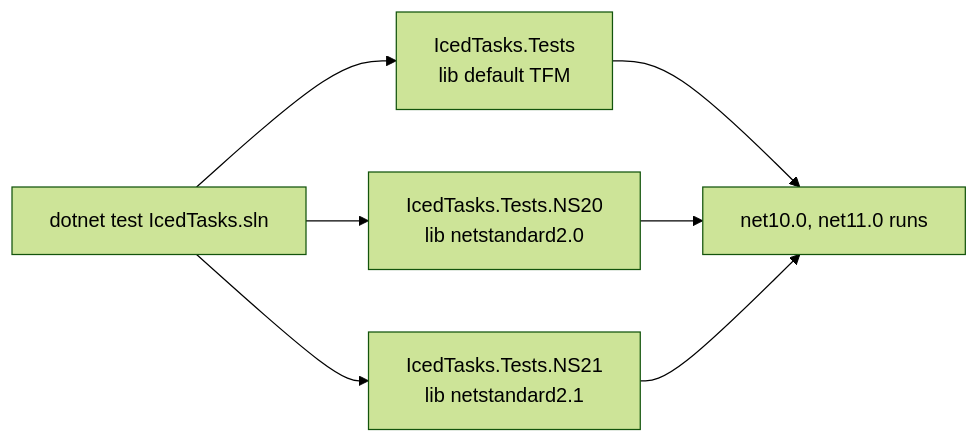
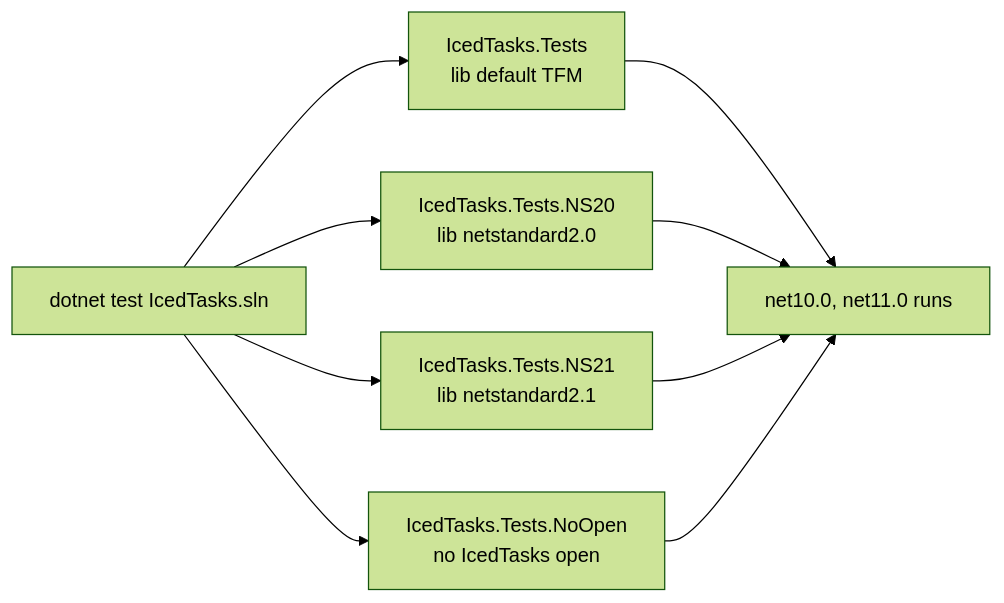
The diagram in lode/tests/summary.md (TheAngryByrd/IcedTasks), drawn with Mermaid (forest theme) before and after one commit. The commit also changed other lines of this file and 51 other files, not shown here.

````diff
--- a/lode/tests/summary.md
+++ b/lode/tests/summary.md
@@ -28,9 +28,11 @@
 ```mermaid
 flowchart LR
     sln["dotnet test IcedTasks.sln"] --> t["IcedTasks.Tests<br/>lib default TFM"]
     sln --> n20["IcedTasks.Tests.NS20<br/>lib netstandard2.0"]
     sln --> n21["IcedTasks.Tests.NS21<br/>lib netstandard2.1"]
+    sln --> no["IcedTasks.Tests.NoOpen<br/>no IcedTasks open"]
     t --> r["net10.0, net11.0 runs"]
     n20 --> r
     n21 --> r
+    no --> r
 ```
````
